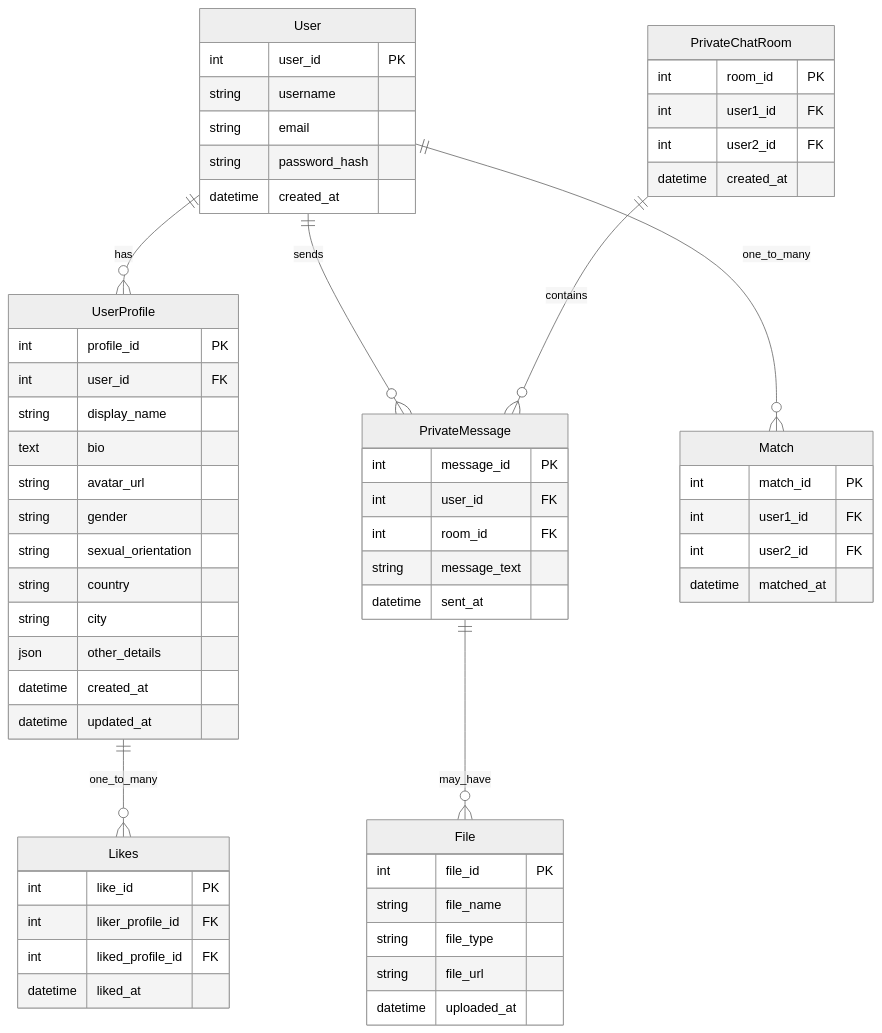
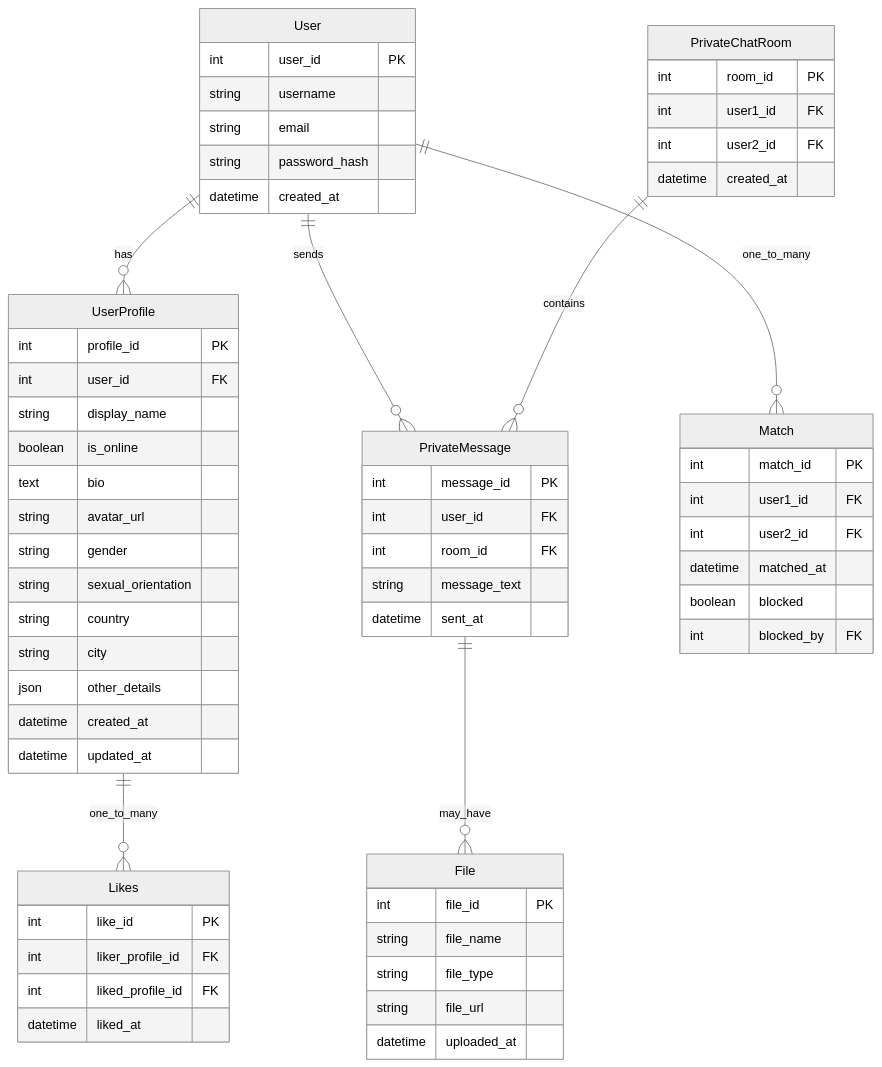
One commit to dimitri-edel/team-5 changed the diagram in README.md. Above: the diagram before and after it, drawn with Mermaid (neutral theme).

Commit message:
Update the ERD
I have added the is_onle filed to the UserProfile and the fields blcoked and blocked_by to Match Model

````diff
--- a/README.md
+++ b/README.md
@@ -14,64 +14,69 @@
 ```mermaid
 erDiagram
     User {
         int user_id PK
         string username
         string email
         string password_hash
         datetime created_at
     }
     UserProfile {
         int profile_id PK
         int user_id FK
         string display_name
+        boolean is_online
         text bio
         string avatar_url
         string gender
         string sexual_orientation
         string country
         string city
         json other_details
         datetime created_at
         datetime updated_at
     }
     PrivateChatRoom {
         int room_id PK
         int user1_id FK
         int user2_id FK
         datetime created_at
     }    
     PrivateMessage {
         int message_id PK
         int user_id FK
         int room_id FK
         string message_text
         datetime sent_at
     }
     File {
         int file_id PK
         string file_name
         string file_type
         string file_url
         datetime uploaded_at
     }    
     Match {
         int match_id PK
         int user1_id FK
         int user2_id FK
         datetime matched_at
+        boolean blocked
+        int blocked_by FK
     }
+    %% blocked_by: user_id of the user who initiated the block
+    
     Likes {
         int like_id PK
         int liker_profile_id FK
         int liked_profile_id FK
         datetime liked_at
     }
 
     User ||--o{ UserProfile : has
     User ||--o{ PrivateMessage : sends
     PrivateChatRoom ||--o{ PrivateMessage : contains
     PrivateMessage ||--o{ File : may_have
     UserProfile ||--o{ Likes : one_to_many
     User ||--o{ Match : one_to_many
 
 ```
````
